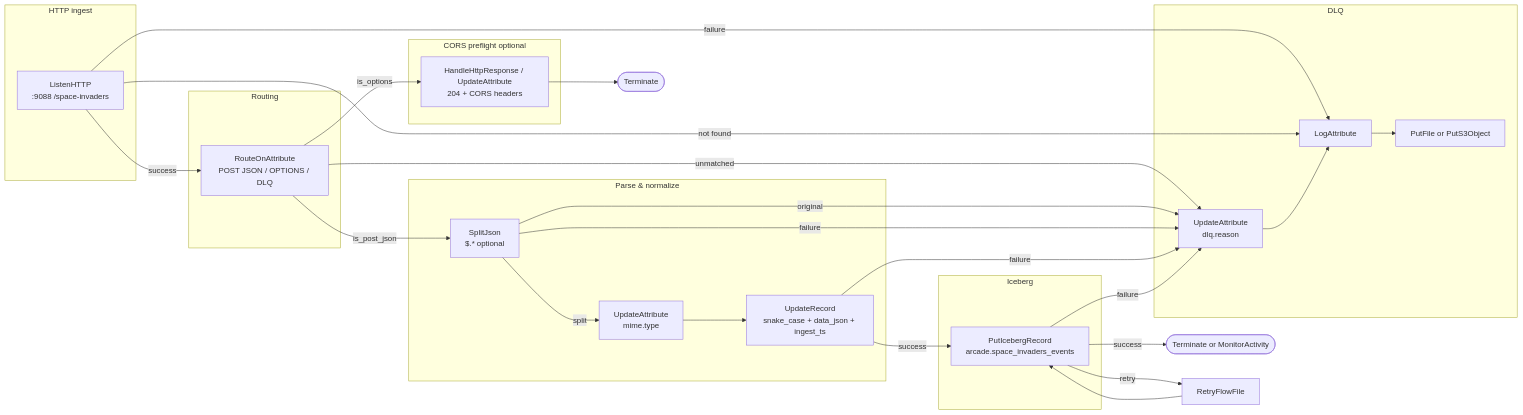
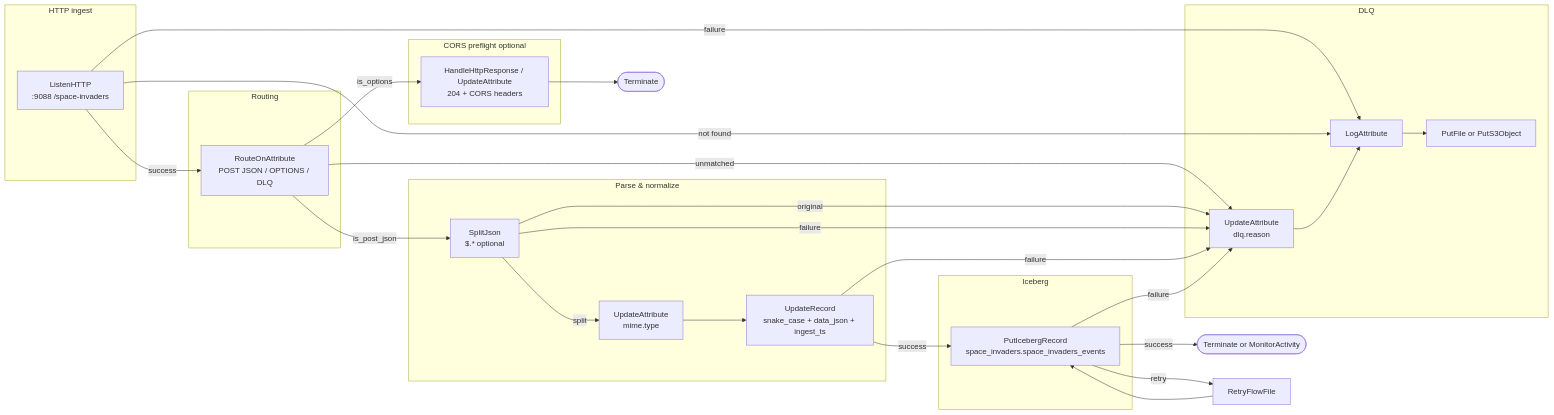
Before and after one commit to frothkoetter/space-invaders-arcade: the diagram in nifi2-flow-full-description.md, drawn with Mermaid. The commit also changed other lines of this file and 9 other files, not shown here.

````diff
--- a/nifi2-flow-full-description.md
+++ b/nifi2-flow-full-description.md
@@ -84,53 +84,53 @@
 ```mermaid
 flowchart LR
   subgraph ingest["HTTP ingest"]
     LH[ListenHTTP<br/>:9088 /space-invaders]
   end
 
   subgraph route["Routing"]
     ROA[RouteOnAttribute<br/>POST JSON / OPTIONS / DLQ]
   end
 
   subgraph parse["Parse & normalize"]
     SJ[SplitJson<br/>$.* optional]
     UA[UpdateAttribute<br/>mime.type]
     UR[UpdateRecord<br/>snake_case + data_json + ingest_ts]
   end
 
   subgraph sink["Iceberg"]
-    PIR[PutIcebergRecord<br/>arcade.space_invaders_events]
+    PIR[PutIcebergRecord<br/>space_invaders.space_invaders_events]
   end
 
   subgraph dlq["DLQ"]
     LA[LogAttribute]
     UAD[UpdateAttribute<br/>dlq.reason]
     PF[PutFile or PutS3Object]
   end
 
   subgraph cors["CORS preflight optional"]
     H204[HandleHttpResponse / UpdateAttribute<br/>204 + CORS headers]
   end
 
   LH -->|success| ROA
   LH -->|failure| LA
   LH -->|not found| LA
 
   ROA -->|is_post_json| SJ
   ROA -->|is_options| H204
   ROA -->|unmatched| UAD
 
   SJ -->|split| UA
   SJ -->|original| UAD
   SJ -->|failure| UAD
 
   UA --> UR
   UR -->|success| PIR
   UR -->|failure| UAD
 
   PIR -->|success| TERM([Terminate or MonitorActivity])
   PIR -->|failure| UAD
   PIR -->|retry| RETRY[RetryFlowFile] --> PIR
 
   UAD --> LA --> PF
   H204 --> TERM2([Terminate])
 ```
````
